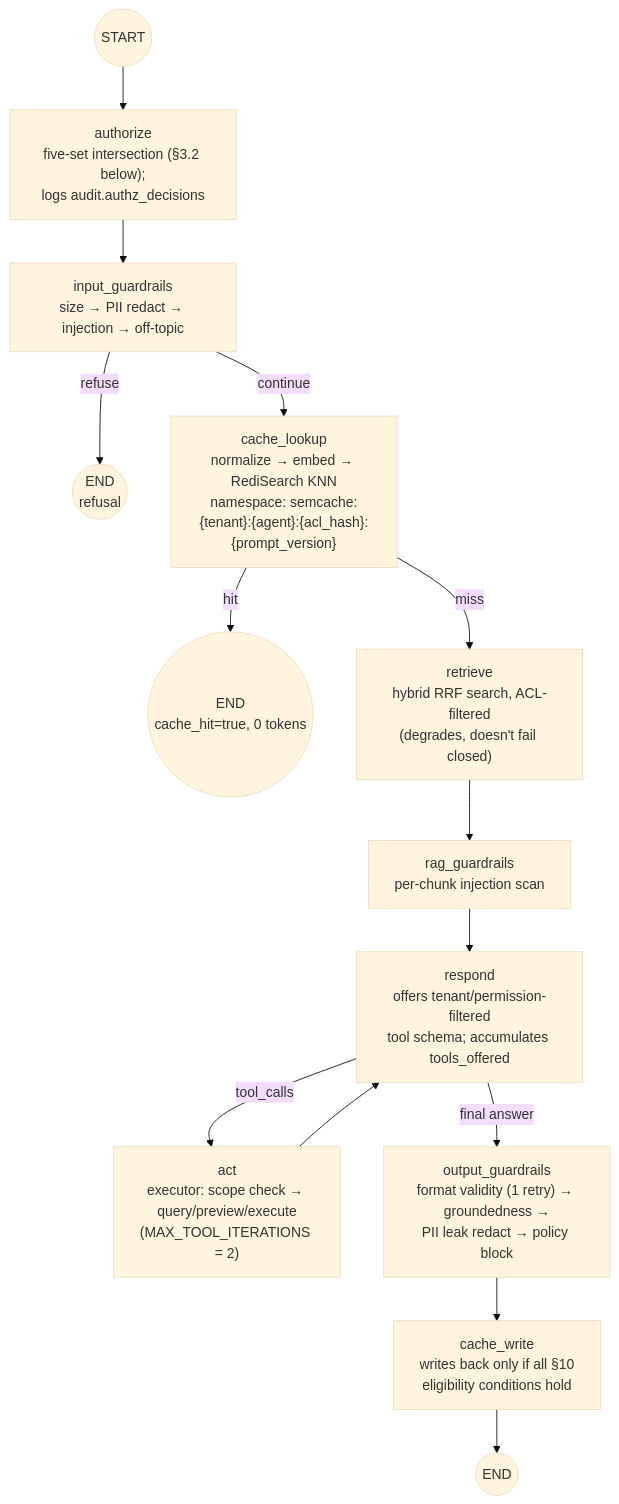
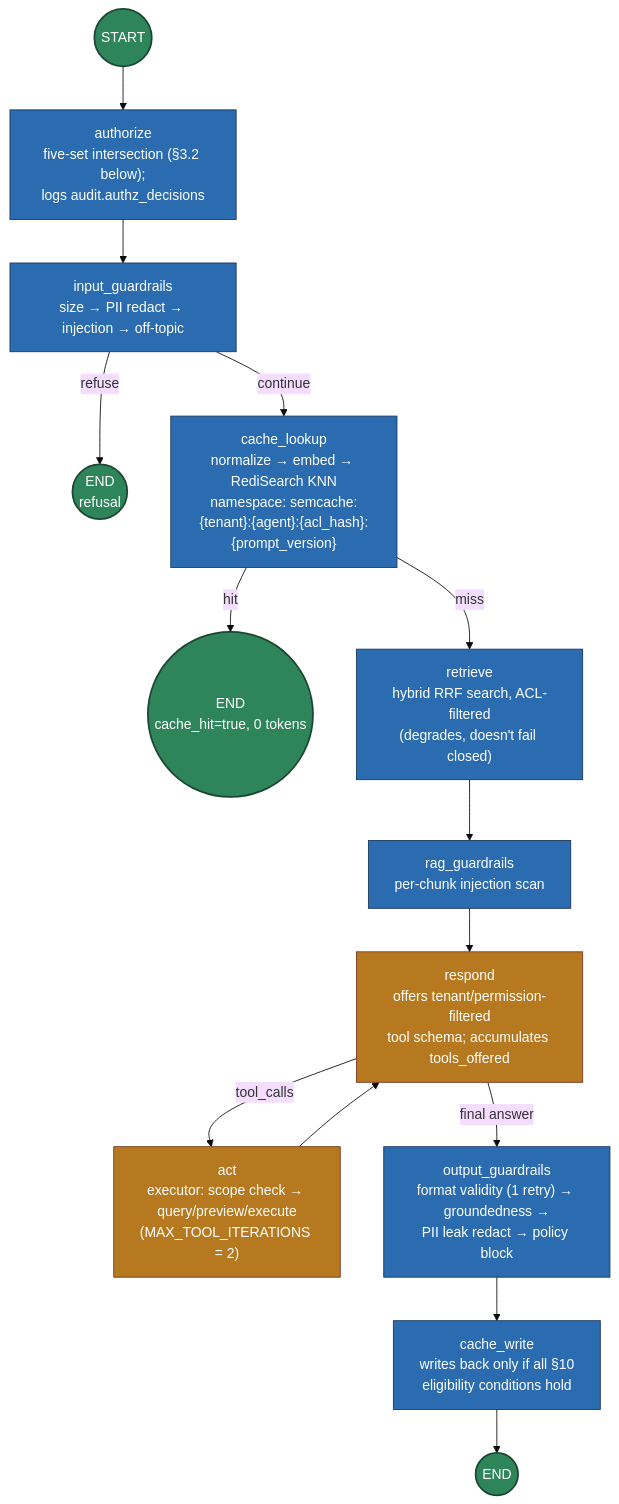
One commit to MuhammadHasbiAshshiddieqy/agent-platform-reference changed the third of 10 diagrams in docs/ARCHITECTURE.md. Above: the diagram before and after it, drawn with Mermaid (base theme). The commit also changed other lines of this file and 1 other file, not shown here.

First line of the commit message:
Simplify diagrams: numbered backbone, color-coded start/end nodes

````diff
--- a/docs/ARCHITECTURE.md
+++ b/docs/ARCHITECTURE.md
@@ -162,16 +152,20 @@
 ```mermaid
 flowchart TD
-    START(("START")) --> Authorize["authorize\nfive-set intersection (§3.2 below);\nlogs audit.authz_decisions"]
-    Authorize --> InputGR["input_guardrails\nsize → PII redact → injection → off-topic"]
-    InputGR -- refuse --> END1(("END\nrefusal"))
-    InputGR -- continue --> CacheLookup["cache_lookup\nnormalize → embed → RediSearch KNN\nnamespace: semcache:{tenant}:{agent}:{acl_hash}:{prompt_version}"]
-    CacheLookup -- hit --> END2(("END\ncache_hit=true, 0 tokens"))
-    CacheLookup -- miss --> Retrieve["retrieve\nhybrid RRF search, ACL-filtered\n(degrades, doesn't fail closed)"]
-    Retrieve --> RagGR["rag_guardrails\nper-chunk injection scan"]
-    RagGR --> Respond["respond\noffers tenant/permission-filtered\ntool schema; accumulates tools_offered"]
-    Respond -- tool_calls --> Act["act\nexecutor: scope check → query/preview/execute\n(MAX_TOOL_ITERATIONS = 2)"]
+    classDef startEnd fill:#2f855a,stroke:#1c4532,color:#fff,stroke-width:2px;
+    classDef node fill:#2b6cb0,stroke:#1a365d,color:#fff;
+    classDef loopNode fill:#b7791f,stroke:#7b341e,color:#fff;
+
+    START(("START")):::startEnd --> Authorize["authorize\nfive-set intersection (§3.2 below);\nlogs audit.authz_decisions"]:::node
+    Authorize --> InputGR["input_guardrails\nsize → PII redact → injection → off-topic"]:::node
+    InputGR -- refuse --> END1(("END\nrefusal")):::startEnd
+    InputGR -- continue --> CacheLookup["cache_lookup\nnormalize → embed → RediSearch KNN\nnamespace: semcache:{tenant}:{agent}:{acl_hash}:{prompt_version}"]:::node
+    CacheLookup -- hit --> END2(("END\ncache_hit=true, 0 tokens")):::startEnd
+    CacheLookup -- miss --> Retrieve["retrieve\nhybrid RRF search, ACL-filtered\n(degrades, doesn't fail closed)"]:::node
+    Retrieve --> RagGR["rag_guardrails\nper-chunk injection scan"]:::node
+    RagGR --> Respond["respond\noffers tenant/permission-filtered\ntool schema; accumulates tools_offered"]:::loopNode
+    Respond -- tool_calls --> Act["act\nexecutor: scope check → query/preview/execute\n(MAX_TOOL_ITERATIONS = 2)"]:::loopNode
     Act --> Respond
-    Respond -- final answer --> OutputGR["output_guardrails\nformat validity (1 retry) → groundedness →\nPII leak redact → policy block"]
-    OutputGR --> CacheWrite["cache_write\nwrites back only if all §10\neligibility conditions hold"]
-    CacheWrite --> END3(("END"))
+    Respond -- final answer --> OutputGR["output_guardrails\nformat validity (1 retry) → groundedness →\nPII leak redact → policy block"]:::node
+    OutputGR --> CacheWrite["cache_write\nwrites back only if all §10\neligibility conditions hold"]:::node
+    CacheWrite --> END3(("END")):::startEnd
 ```
````
